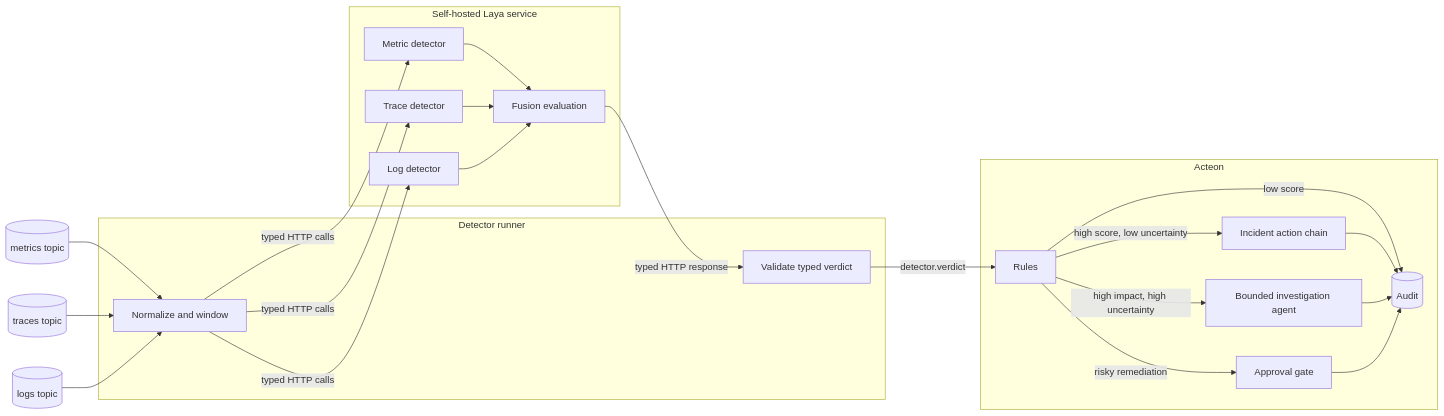
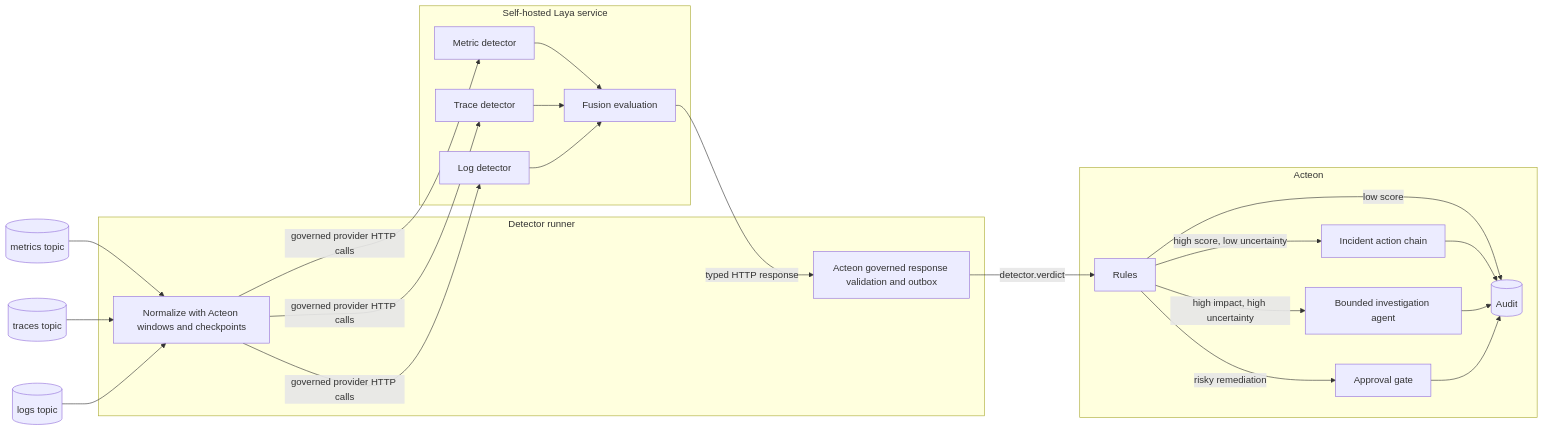
The first of 2 diagrams in docs/book/guides/neural-observability-detector.md (penserai/acteon), drawn with Mermaid before and after one commit. The commit also changed other lines of this file and 14 other files, not shown here.

````diff
--- a/docs/book/guides/neural-observability-detector.md
+++ b/docs/book/guides/neural-observability-detector.md
@@ -74,37 +79,37 @@
 ```mermaid
 flowchart LR
     M[(metrics topic)]
     T[(traces topic)]
     L[(logs topic)]
 
     subgraph Runner[Detector runner]
-        N[Normalize and window]
-        V[Validate typed verdict]
+        N[Normalize with Acteon windows and checkpoints]
+        V[Acteon governed response validation and outbox]
     end
 
     subgraph Models[Self-hosted Laya service]
         MD[Metric detector]
         TD[Trace detector]
         LD[Log detector]
         F[Fusion evaluation]
     end
 
     subgraph Acteon
         R[Rules]
         C[Incident action chain]
         A[Bounded investigation agent]
         H[Approval gate]
         AU[(Audit)]
     end
 
     M & T & L --> N
-    N -->|typed HTTP calls| MD & TD & LD
+    N -->|governed provider HTTP calls| MD & TD & LD
     MD & TD & LD --> F
     F -->|typed HTTP response| V
     V -->|detector.verdict| R
     R -->|high score, low uncertainty| C
     R -->|high impact, high uncertainty| A
     R -->|risky remediation| H
     R -->|low score| AU
     C & A & H --> AU
 ```
````
